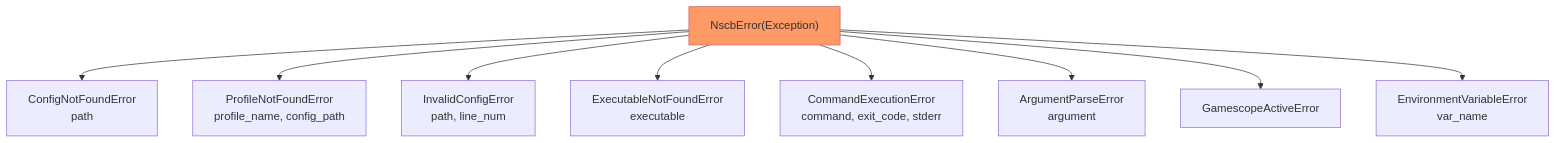
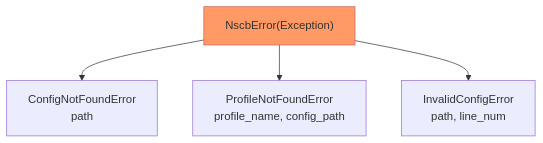
One commit to WombatFromHell/neoscopebuddy changed the sixth of 6 diagrams in DESIGN.md. Above: the diagram before and after it, drawn with Mermaid. The commit also changed other lines of this file and 8 other files, not shown here.

````diff
--- a/DESIGN.md
+++ b/DESIGN.md
@@ -348,23 +349,13 @@
 ```mermaid
 graph TD
     NscbError["NscbError(Exception)"]
     ConfigNotFound["ConfigNotFoundError<br/>path"]
     ProfileNotFound["ProfileNotFoundError<br/>profile_name, config_path"]
     InvalidConfig["InvalidConfigError<br/>path, line_num"]
-    ExecutableNotFound["ExecutableNotFoundError<br/>executable"]
-    CommandExecution["CommandExecutionError<br/>command, exit_code, stderr"]
-    ArgumentParse["ArgumentParseError<br/>argument"]
-    GamescopeActive["GamescopeActiveError"]
-    EnvVar["EnvironmentVariableError<br/>var_name"]
 
     NscbError --> ConfigNotFound
     NscbError --> ProfileNotFound
     NscbError --> InvalidConfig
-    NscbError --> ExecutableNotFound
-    NscbError --> CommandExecution
-    NscbError --> ArgumentParse
-    NscbError --> GamescopeActive
-    NscbError --> EnvVar
 
     style NscbError fill:#f96,stroke:#c66
 ```
````
